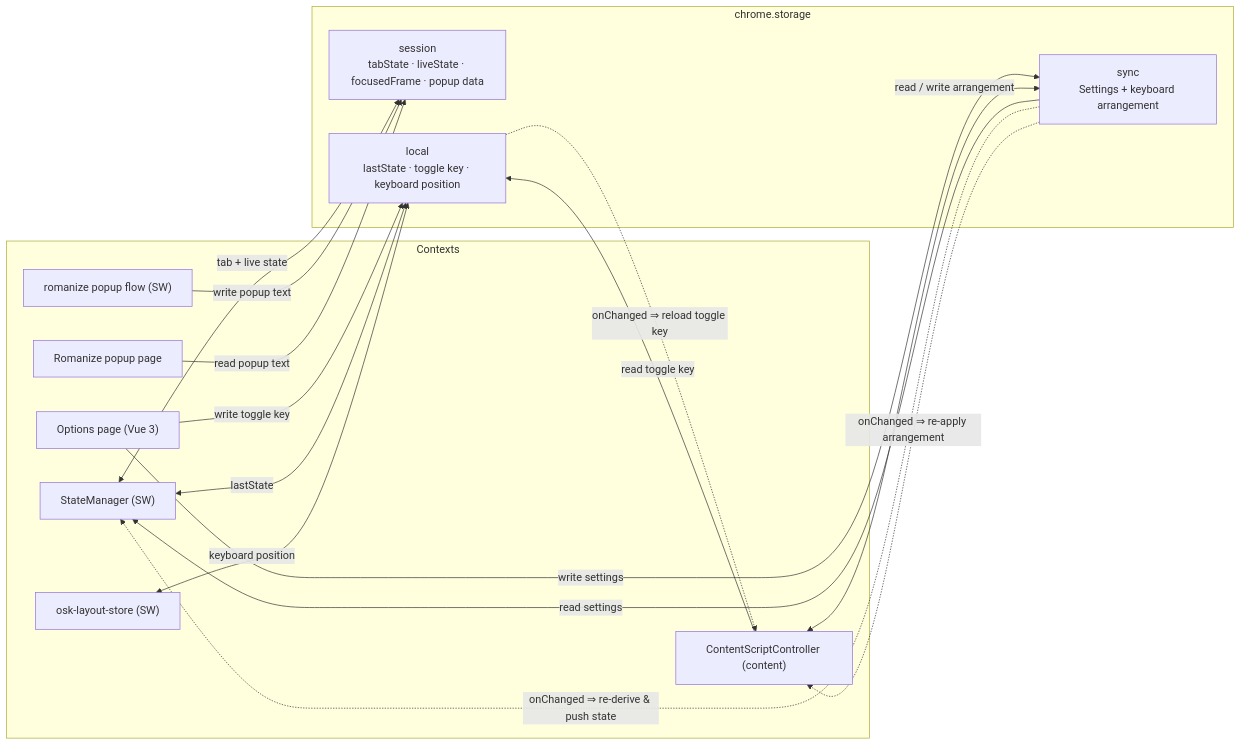
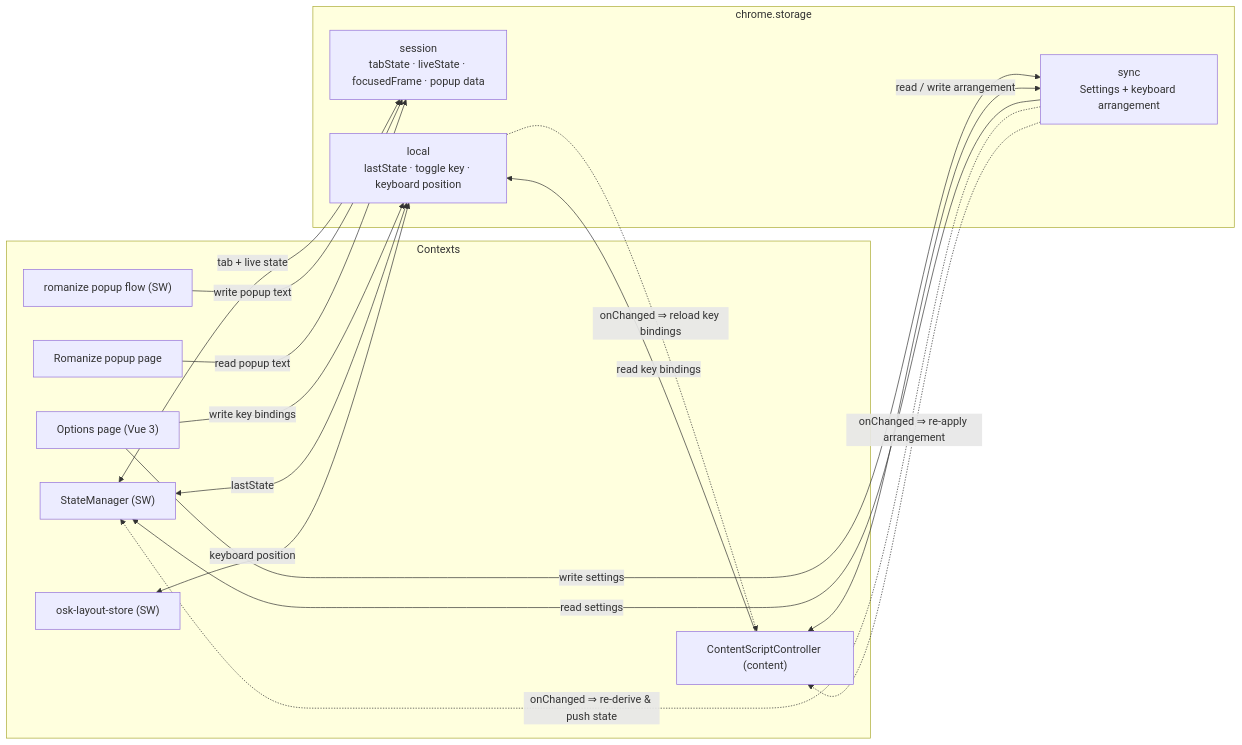
One commit to vmcnabb/korean-ime changed the second of 3 diagrams in ARCHITECTURE.md. Above: the diagram before and after it, drawn with Mermaid. The commit also changed other lines of this file, not shown here.

First line of the commit message:
Update ARCHITECTURE.md for the Hanja controller split (#198)

````diff
--- a/ARCHITECTURE.md
+++ b/ARCHITECTURE.md
@@ -106,32 +106,32 @@
 ```mermaid
 flowchart LR
     subgraph ctxs["Contexts"]
         sm["StateManager (SW)"]
         oskStore["osk-layout-store (SW)"]
         roman["romanize popup flow (SW)"]
         csc["ContentScriptController (content)"]
         opts["Options page (Vue 3)"]
         popupPage["Romanize popup page"]
     end
 
     subgraph storage["chrome.storage"]
         sync["sync<br/>Settings + keyboard arrangement"]
         session["session<br/>tabState · liveState · focusedFrame · popup data"]
         local["local<br/>lastState · toggle key · keyboard position"]
     end
 
     opts -->|write settings| sync
-    opts -->|write toggle key| local
+    opts -->|write key bindings| local
     csc <-->|read / write arrangement| sync
-    csc -->|read toggle key| local
+    csc -->|read key bindings| local
     sm <-->|tab + live state| session
     sm <-->|lastState| local
     sync -->|read settings| sm
     oskStore <-->|keyboard position| local
     roman -->|write popup text| session
     popupPage -->|read popup text| session
 
     sync -. "onChanged ⇒ re-derive & push state" .-> sm
     sync -. "onChanged ⇒ re-apply arrangement" .-> csc
-    local -. "onChanged ⇒ reload toggle key" .-> csc
+    local -. "onChanged ⇒ reload key bindings" .-> csc
 ```
````
